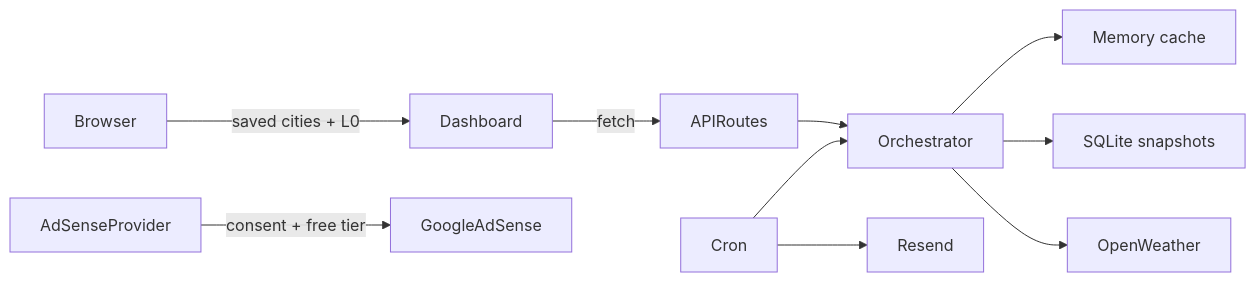
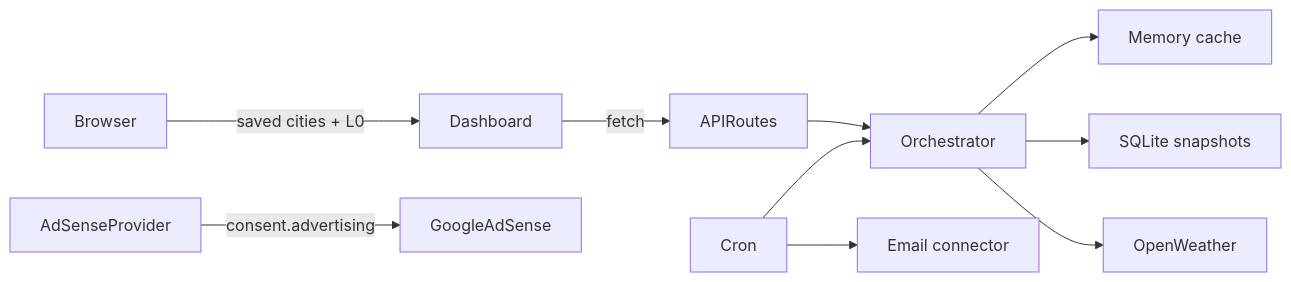
Before and after one commit to didgitUK/meridianweather: the diagram in docs/ARCHITECTURE.md, drawn with Mermaid. The commit also changed other lines of this file and 423 other files, not shown here.

````diff
--- a/docs/ARCHITECTURE.md
+++ b/docs/ARCHITECTURE.md
@@ -7,12 +7,12 @@
 ```mermaid
 flowchart LR
   Browser -->|saved cities + L0| Dashboard
   Dashboard -->|fetch| APIRoutes
   APIRoutes --> Orchestrator
   Orchestrator --> L1[Memory cache]
   Orchestrator --> L2[SQLite snapshots]
   Orchestrator --> OpenWeather
-  AdSenseProvider -->|consent + free tier| GoogleAdSense
+  AdSenseProvider -->|consent.advertising| GoogleAdSense
   Cron --> Orchestrator
-  Cron --> Resend
+  Cron --> EmailConnector[Email connector]
 ```
````
